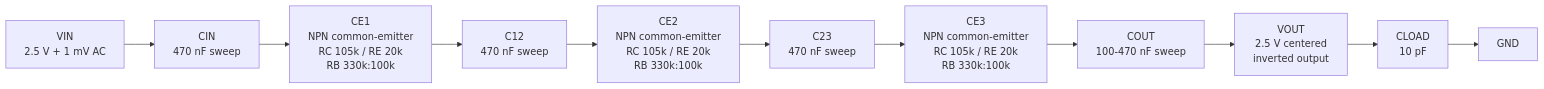
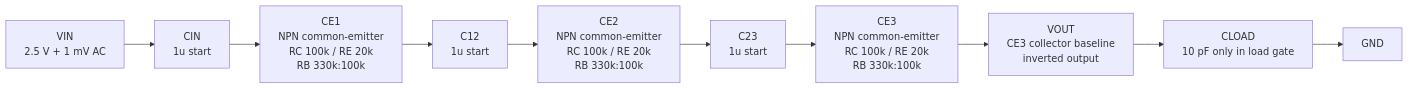
One commit to corn-cheese/Microelectronics changed the diagram in 3stage-bjt.md. Above: the diagram before and after it, drawn with Mermaid. The commit also changed other lines of this file and 72 other files, not shown here.

````diff
--- a/3stage-bjt.md
+++ b/3stage-bjt.md
@@ -21,13 +23,12 @@
 ```mermaid
 flowchart LR
-  VIN["VIN<br/>2.5 V + 1 mV AC"] --> CIN["CIN<br/>470 nF sweep"]
-  CIN --> CE1["CE1<br/>NPN common-emitter<br/>RC 105k / RE 20k<br/>RB 330k:100k"]
-  CE1 --> C12["C12<br/>470 nF sweep"]
-  C12 --> CE2["CE2<br/>NPN common-emitter<br/>RC 105k / RE 20k<br/>RB 330k:100k"]
-  CE2 --> C23["C23<br/>470 nF sweep"]
-  C23 --> CE3["CE3<br/>NPN common-emitter<br/>RC 105k / RE 20k<br/>RB 330k:100k"]
-  CE3 --> COUT["COUT<br/>100-470 nF sweep"]
-  COUT --> VOUT["VOUT<br/>2.5 V centered<br/>inverted output"]
-  VOUT --> LOAD["CLOAD<br/>10 pF"]
+  VIN["VIN<br/>2.5 V + 1 mV AC"] --> CIN["CIN<br/>1u start"]
+  CIN --> CE1["CE1<br/>NPN common-emitter<br/>RC 100k / RE 20k<br/>RB 330k:100k"]
+  CE1 --> C12["C12<br/>1u start"]
+  C12 --> CE2["CE2<br/>NPN common-emitter<br/>RC 100k / RE 20k<br/>RB 330k:100k"]
+  CE2 --> C23["C23<br/>1u start"]
+  C23 --> CE3["CE3<br/>NPN common-emitter<br/>RC 100k / RE 20k<br/>RB 330k:100k"]
+  CE3 --> VOUT["VOUT<br/>CE3 collector baseline<br/>inverted output"]
+  VOUT --> LOAD["CLOAD<br/>10 pF only in load gate"]
   LOAD --> GND["GND"]
 ```
````
